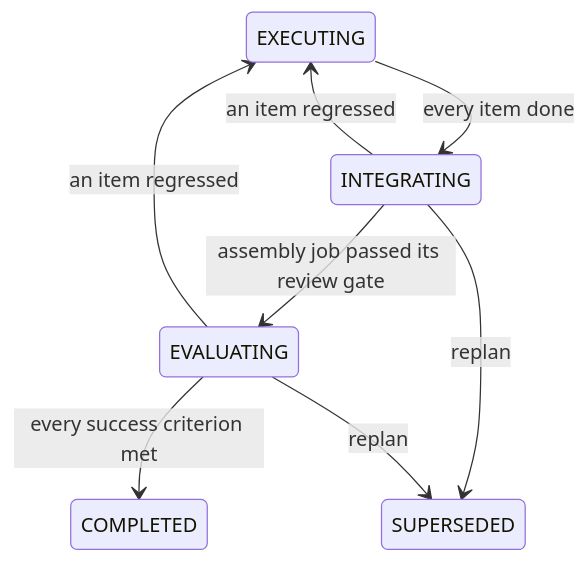
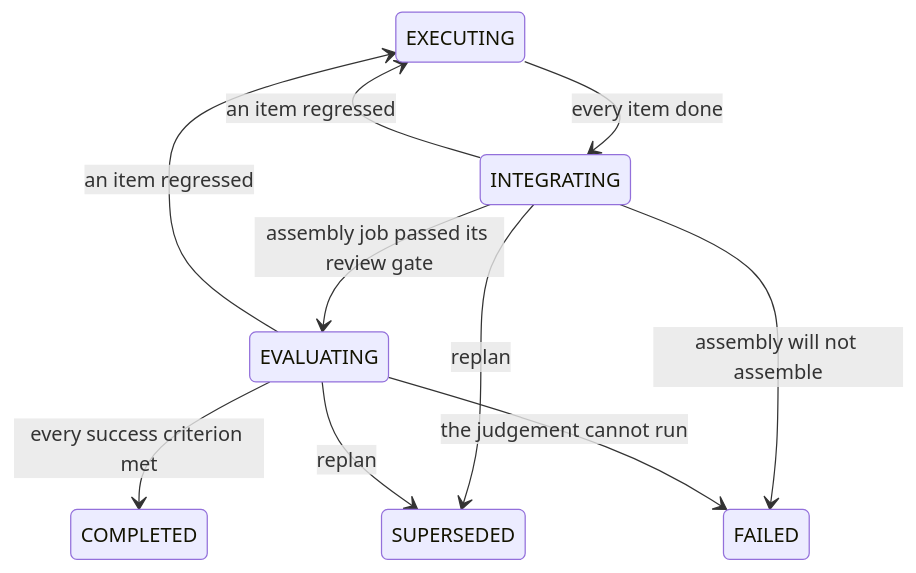
Before and after one commit to Aureliolo/synthorg: the diagram in docs/design/initiative-tail.md, drawn with Mermaid. The commit also changed other lines of this file and 295 other files, not shown here.

````diff
--- a/docs/design/initiative-tail.md
+++ b/docs/design/initiative-tail.md
@@ -30,10 +30,12 @@
 ```mermaid
 stateDiagram-v2
     EXECUTING --> INTEGRATING: every item done
     INTEGRATING --> EVALUATING: assembly job passed its review gate
     EVALUATING --> COMPLETED: every success criterion met
     INTEGRATING --> EXECUTING: an item regressed
     EVALUATING --> EXECUTING: an item regressed
     INTEGRATING --> SUPERSEDED: replan
     EVALUATING --> SUPERSEDED: replan
+    INTEGRATING --> FAILED: assembly will not assemble
+    EVALUATING --> FAILED: the judgement cannot run
 ```
````
